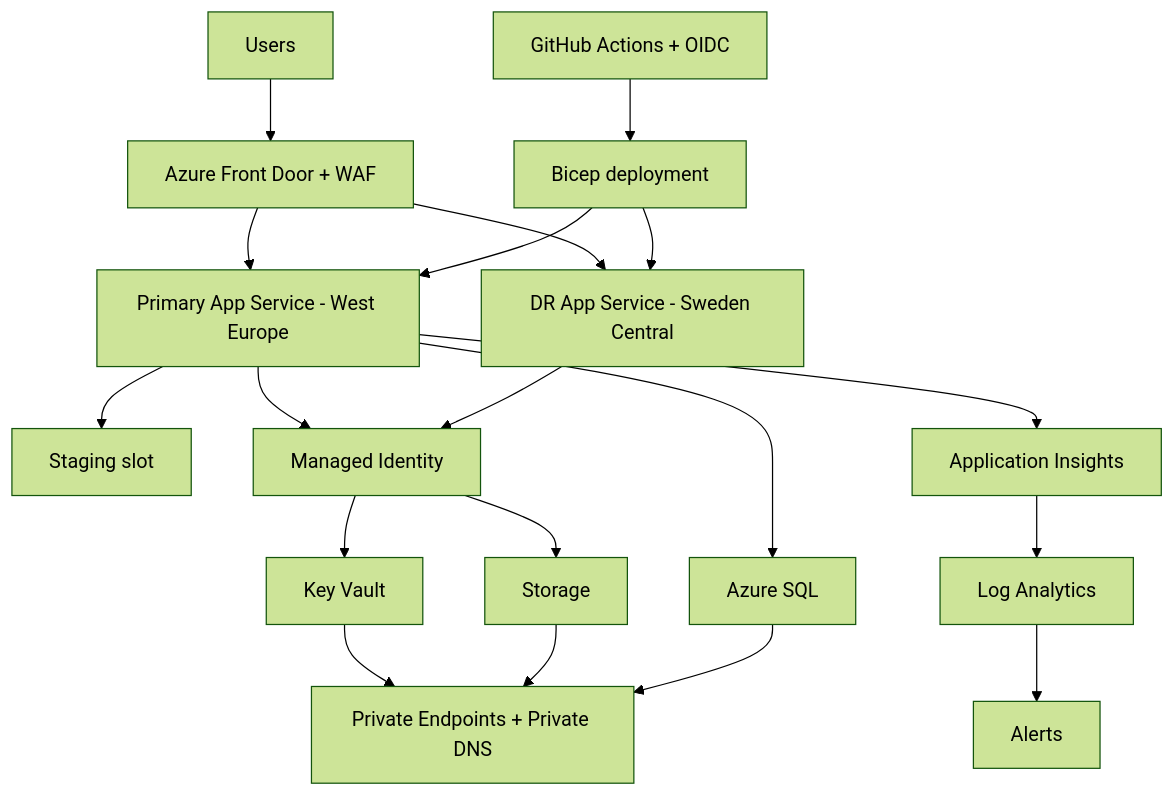
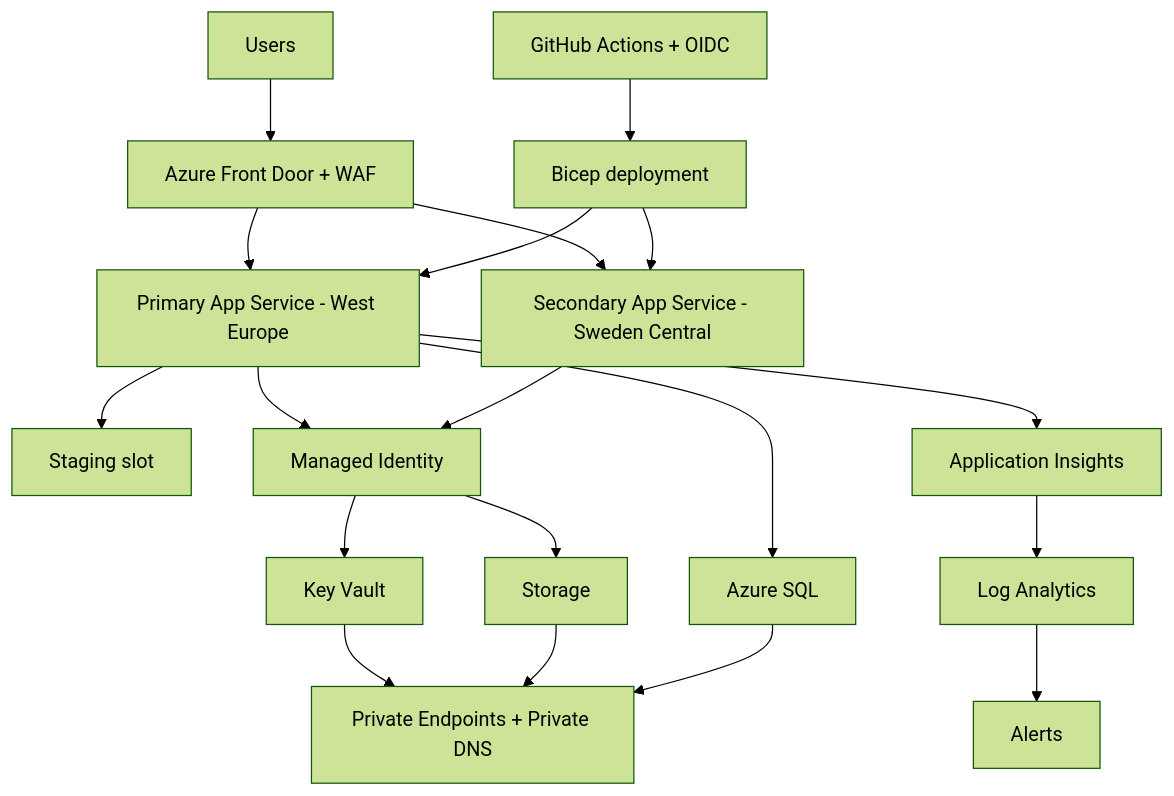
One commit to Amin-Azad/cloudnest-bicep changed the diagram in ARCHITECTURE.md. Above: the diagram before and after it, drawn with Mermaid (forest theme). The commit also changed other lines of this file and 4 other files, not shown here.

Commit message:
docs: add verified deployment and full architecture diagrams (#14)

````diff
--- a/ARCHITECTURE.md
+++ b/ARCHITECTURE.md
@@ -17,21 +21,21 @@
 ```mermaid
 flowchart TD
     A[Users] --> B[Azure Front Door + WAF]
     B --> C[Primary App Service - West Europe]
-    B --> D[DR App Service - Sweden Central]
+    B --> D[Secondary App Service - Sweden Central]
     C --> E[Staging slot]
     C --> F[Managed Identity]
     D --> F
     F --> G[Key Vault]
     F --> H[Storage]
     C --> I[Azure SQL]
     G --> J[Private Endpoints + Private DNS]
     H --> J
     I --> J
     C --> K[Application Insights]
     K --> L[Log Analytics]
     L --> M[Alerts]
     N[GitHub Actions + OIDC] --> O[Bicep deployment]
     O --> C
     O --> D
 ```
````
